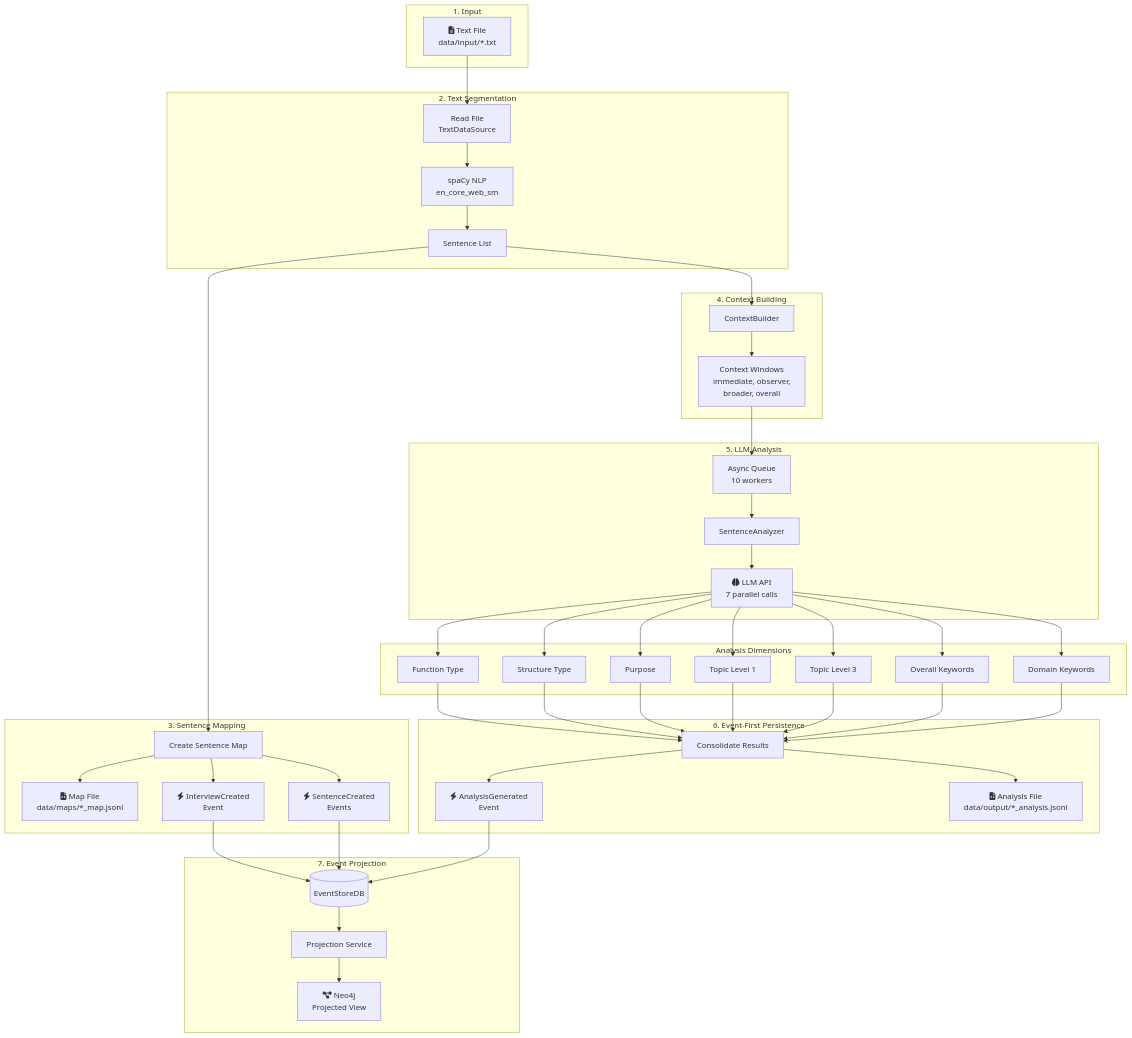
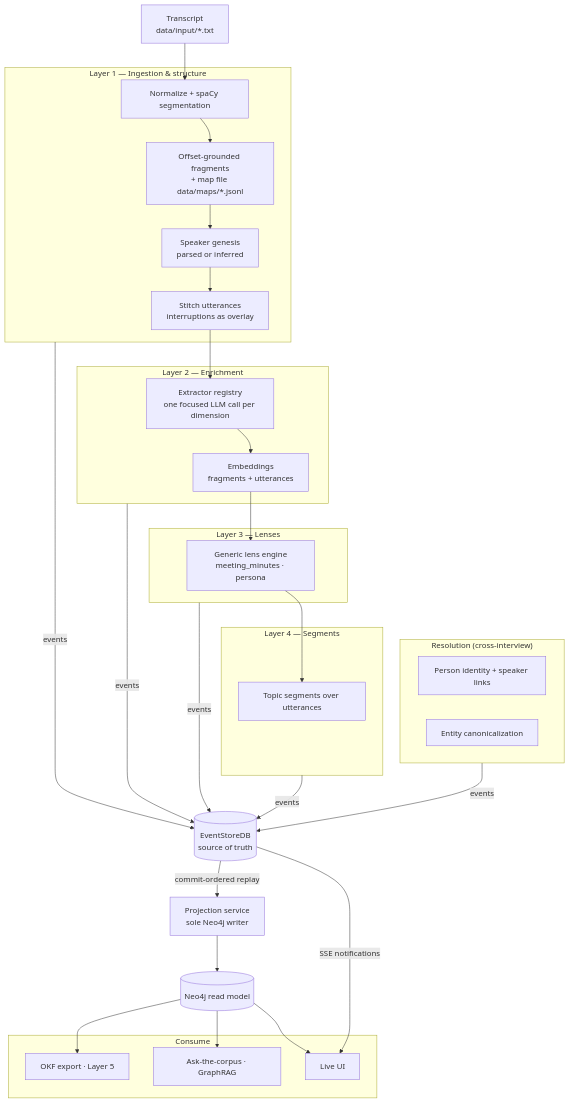
Before and after one commit to DigitalCowboyN/interview_analyzer_chaining: the first of 2 diagrams in docs/architecture/data-flow.md, drawn with Mermaid. The commit also changed other lines of this file and 10 other files, not shown here.

First line of the commit message:
docs: refresh README + product/architecture docs (current through M5.1b) (#15)

````diff
--- a/docs/architecture/data-flow.md
+++ b/docs/architecture/data-flow.md
@@ -9,74 +11,47 @@
 ```mermaid
 flowchart TD
-    subgraph Input["1. Input"]
-        file[fa:fa-file-text Text File<br/>data/input/*.txt]
+    file[Transcript<br/>data/input/*.txt]
+
+    subgraph L1["Layer 1 — Ingestion &amp; structure"]
+        norm[Normalize + spaCy segmentation]
+        frags[Offset-grounded fragments<br/>+ map file data/maps/*.jsonl]
+        spk[Speaker genesis<br/>parsed or inferred]
+        stitch[Stitch utterances<br/>interruptions as overlay]
     end
 
-    subgraph Segmentation["2. Text Segmentation"]
-        read[Read File<br/>TextDataSource]
-        spacy[spaCy NLP<br/>en_core_web_sm]
-        sentences[Sentence List]
-
-        read --> spacy --> sentences
+    subgraph L2["Layer 2 — Enrichment"]
+        ext[Extractor registry<br/>one focused LLM call per dimension]
+        emb[Embeddings<br/>fragments + utterances]
     end
 
-    subgraph Mapping["3. Sentence Mapping"]
-        map_create[Create Sentence Map]
-        map_file[fa:fa-file-code Map File<br/>data/maps/*_map.jsonl]
-        event_interview[fa:fa-bolt InterviewCreated<br/>Event]
-        event_sentence[fa:fa-bolt SentenceCreated<br/>Events]
-
-        sentences --> map_create
-        map_create --> map_file
-        map_create --> event_interview
-        map_create --> event_sentence
+    subgraph L3["Layer 3 — Lenses"]
+        lens[Generic lens engine<br/>meeting_minutes · persona]
     end
 
-    subgraph Context["4. Context Building"]
-        context[ContextBuilder]
-        windows[Context Windows<br/>immediate, observer,<br/>broader, overall]
-
-        sentences --> context --> windows
+    subgraph L4["Layer 4 — Segments"]
+        seg[Topic segments over utterances]
     end
 
-    subgraph Analysis["5. LLM Analysis"]
-        queue[Async Queue<br/>10 workers]
-        analyzer[SentenceAnalyzer]
-        llm[fa:fa-brain LLM API<br/>7 parallel calls]
-
-        windows --> queue --> analyzer --> llm
+    subgraph RES["Resolution (cross-interview)"]
+        person[Person identity + speaker links]
+        canon[Entity canonicalization]
     end
 
-    subgraph Classification["Analysis Dimensions"]
-        func[Function Type]
-        struct[Structure Type]
-        purpose[Purpose]
-        topic1[Topic Level 1]
-        topic3[Topic Level 3]
-        kw_overall[Overall Keywords]
-        kw_domain[Domain Keywords]
+    es[(EventStoreDB<br/>source of truth)]
+    proj[Projection service<br/>sole Neo4j writer]
+    n4[(Neo4j read model)]
 
-        llm --> func & struct & purpose & topic1 & topic3 & kw_overall & kw_domain
+    subgraph OUT["Consume"]
+        export[OKF export · Layer 5]
+        ask[Ask-the-corpus · GraphRAG]
+        ui[Live UI]
     end
 
-    subgraph Persistence["6. Event-First Persistence"]
-        consolidate[Consolidate Results]
-        event_analysis[fa:fa-bolt AnalysisGenerated<br/>Event]
-        jsonl[fa:fa-file-code Analysis File<br/>data/output/*_analysis.jsonl]
-
-        func & struct & purpose & topic1 & topic3 & kw_overall & kw_domain --> consolidate
-        consolidate --> event_analysis
-        consolidate --> jsonl
-    end
-
-    subgraph Projection["7. Event Projection"]
-        eventstore[(EventStoreDB)]
-        proj_service[Projection Service]
-        neo4j_proj[fa:fa-project-diagram Neo4j<br/>Projected View]
-
-        event_interview & event_sentence & event_analysis --> eventstore
-        eventstore --> proj_service --> neo4j_proj
-    end
-
-    file --> read
+    file --> norm --> frags --> spk --> stitch
+    stitch --> ext --> emb
+    emb --> lens --> seg
+    L1 & L2 & L3 & L4 & RES -->|events| es
+    es -->|commit-ordered replay| proj --> n4
+    n4 --> export & ask & ui
+    es -->|SSE notifications| ui
 ```
````
